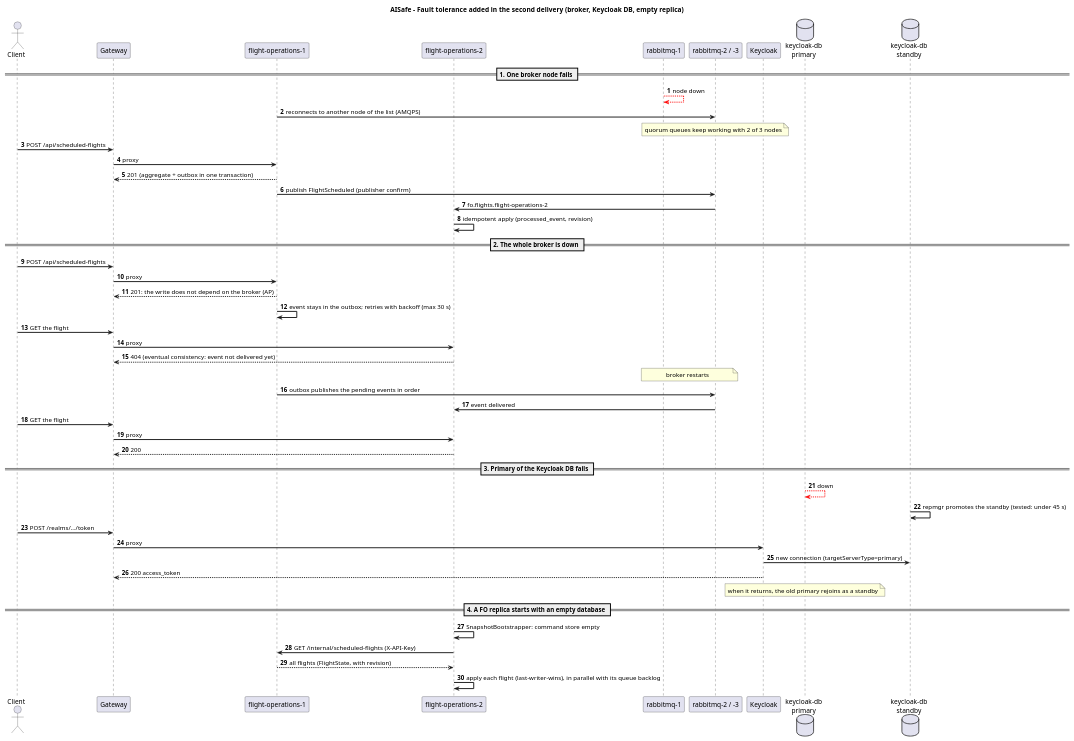
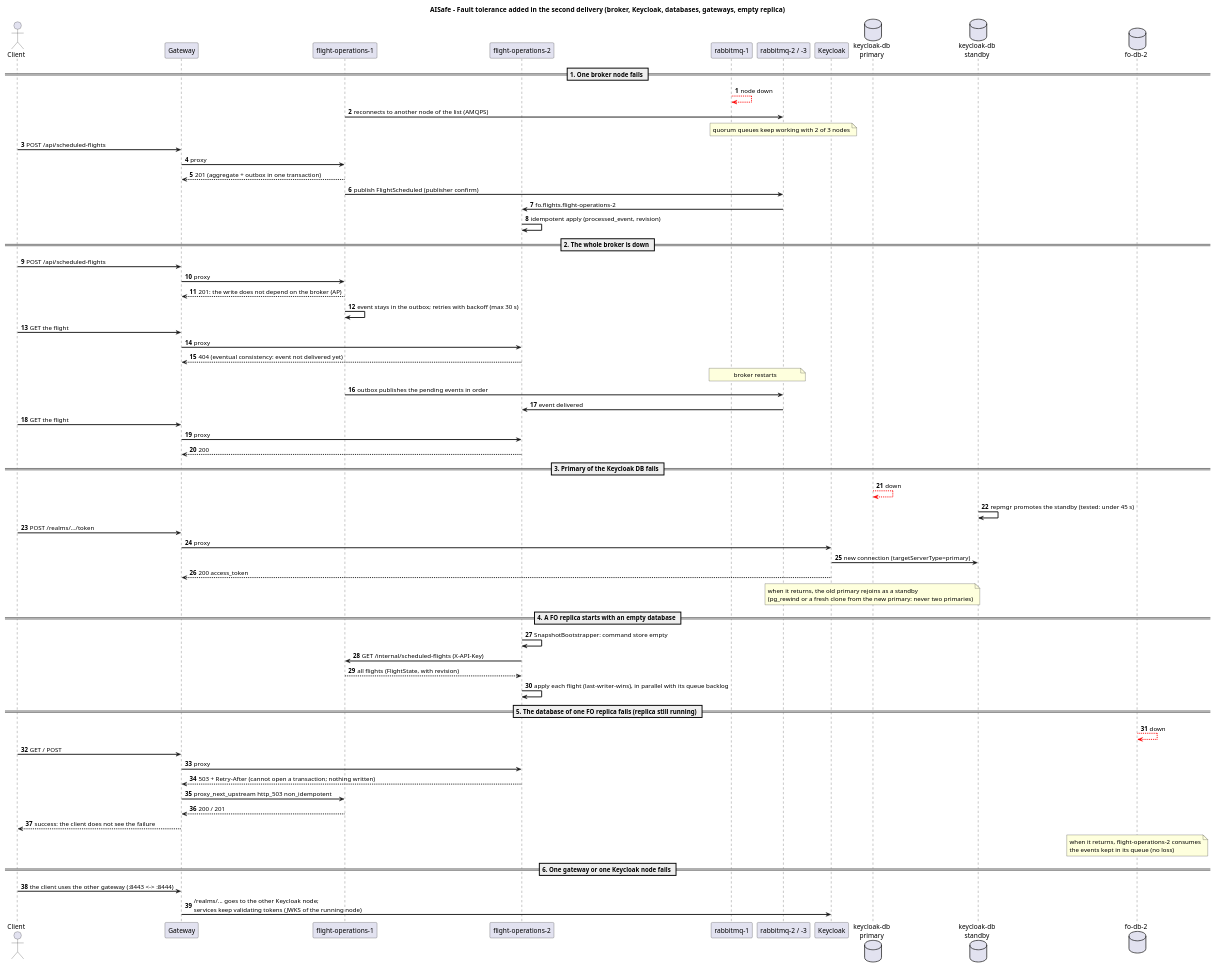
The diagram in docs/SIDIS/E2/sd-fault-tolerance-E2.puml (anamartasilvaa/SIDIG_AI_Safe), drawn with PlantUML before and after one commit. The commit also changed 27 other files, not shown here.

Commit message:
documentação e diagramas atualizados

```diff
--- a/docs/SIDIS/E2/sd-fault-tolerance-E2.puml
+++ b/docs/SIDIS/E2/sd-fault-tolerance-E2.puml
@@ -1,57 +1,72 @@
 @startuml sd-fault-tolerance-p2
-title AISafe - Fault tolerance added in the second delivery (broker, Keycloak DB, empty replica)
+title AISafe - Fault tolerance added in the second delivery (broker, Keycloak, databases, gateways, empty replica)
 skinparam shadowing false
 skinparam sequenceArrowThickness 2
 autonumber
 
 actor "Client" as C
 participant "Gateway" as G
 participant "flight-operations-1" as F1
 participant "flight-operations-2" as F2
 participant "rabbitmq-1" as R1
 participant "rabbitmq-2 / -3" as R23
 participant "Keycloak" as K
 database "keycloak-db\nprimary" as KP
 database "keycloak-db\nstandby" as KS
+database "fo-db-2" as D2
 
 == 1. One broker node fails ==
 R1 -[#red]-> R1 : node down
 F1 -> R23 : reconnects to another node of the list (AMQPS)
 note over R23 : quorum queues keep working with 2 of 3 nodes
 C -> G : POST /api/scheduled-flights
 G -> F1 : proxy
 F1 --> G : 201 (aggregate + outbox in one transaction)
 F1 -> R23 : publish FlightScheduled (publisher confirm)
 R23 -> F2 : fo.flights.flight-operations-2
 F2 -> F2 : idempotent apply (processed_event, revision)
 
 == 2. The whole broker is down ==
 C -> G : POST /api/scheduled-flights
 G -> F1 : proxy
 F1 --> G : 201: the write does not depend on the broker (AP)
 F1 -> F1 : event stays in the outbox; retries with backoff (max 30 s)
 C -> G : GET the flight
 G -> F2 : proxy
 F2 --> G : 404 (eventual consistency: event not delivered yet)
 note over R1, R23 : broker restarts
 F1 -> R23 : outbox publishes the pending events in order
 R23 -> F2 : event delivered
 C -> G : GET the flight
 G -> F2 : proxy
 F2 --> G : 200
 
 == 3. Primary of the Keycloak DB fails ==
 KP -[#red]-> KP : down
 KS -> KS : repmgr promotes the standby (tested: under 45 s)
 C -> G : POST /realms/.../token
 G -> K : proxy
 K -> KS : new connection (targetServerType=primary)
 K --> G : 200 access_token
-note over KP : when it returns, the old primary rejoins as a standby
+note over KP : when it returns, the old primary rejoins as a standby\n(pg_rewind or a fresh clone from the new primary: never two primaries)
 
 == 4. A FO replica starts with an empty database ==
 F2 -> F2 : SnapshotBootstrapper: command store empty
 F2 -> F1 : GET /internal/scheduled-flights (X-API-Key)
 F1 --> F2 : all flights (FlightState, with revision)
 F2 -> F2 : apply each flight (last-writer-wins), in parallel with its queue backlog
+
+== 5. The database of one FO replica fails (replica still running) ==
+D2 -[#red]-> D2 : down
+C -> G : GET / POST
+G -> F2 : proxy
+F2 --> G : 503 + Retry-After (cannot open a transaction; nothing written)
+G -> F1 : proxy_next_upstream http_503 non_idempotent
+F1 --> G : 200 / 201
+G --> C : success: the client does not see the failure
+note over D2 : when it returns, flight-operations-2 consumes\nthe events kept in its queue (no loss)
+
+== 6. One gateway or one Keycloak node fails ==
+C -> G : the client uses the other gateway (:8443 <-> :8444)
+G -> K : /realms/... goes to the other Keycloak node;\nservices keep validating tokens (JWKS of the running node)
 @enduml
```
